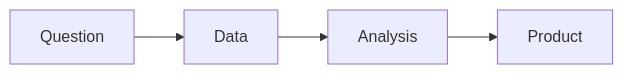
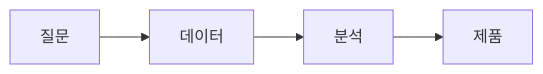
The diagram in content/data-science-career-101/ko/01-what-is-data-career.md (yeongseon-books/book-content), drawn with Mermaid before and after one commit. The commit also changed other lines of this file and 9 other files, not shown here.

````diff
--- a/content/data-science-career-101/ko/01-what-is-data-career.md
+++ b/content/data-science-career-101/ko/01-what-is-data-career.md
@@ -33,6 +41,6 @@
 ```mermaid
 flowchart LR
-    Q[Question] --> D[Data]
-    D --> A[Analysis]
-    A --> P[Product]
+    Q[질문] --> D[데이터]
+    D --> A[분석]
+    A --> P[제품]
 ```
````
